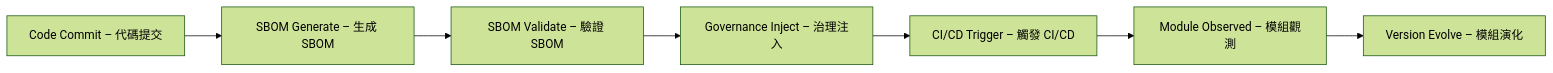
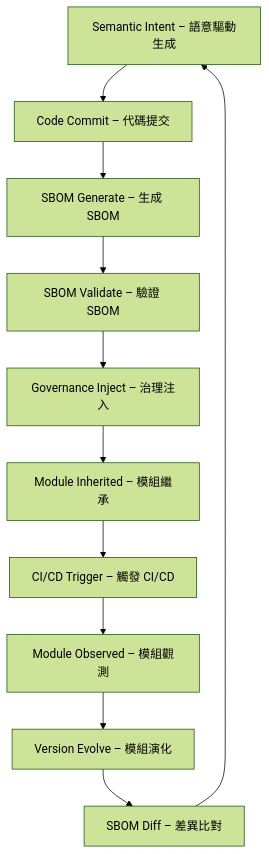
One commit to root-gov-dev/root-gov-dev changed the diagram in README.md. Above: the diagram before and after it, drawn with Mermaid (forest theme).

````diff
--- a/README.md
+++ b/README.md
@@ -81,9 +81,13 @@
 ```mermaid
-graph LR
-  A[Code Commit – 代碼提交] --> B[SBOM Generate – 生成 SBOM]
+flowchart TD
+  Z[Semantic Intent – 語意驅動生成] --> A[Code Commit – 代碼提交]
+  A --> B[SBOM Generate – 生成 SBOM]
   B --> C[SBOM Validate – 驗證 SBOM]
   C --> D[Governance Inject – 治理注入]
-  D --> E[CI/CD Trigger – 觸發 CI/CD]
+  D --> H[Module Inherited – 模組繼承]
+  H --> E[CI/CD Trigger – 觸發 CI/CD]
   E --> F[Module Observed – 模組觀測]
   F --> G[Version Evolve – 模組演化]
+  G --> I[SBOM Diff – 差異比對]
+  I --> Z
 ```
````
